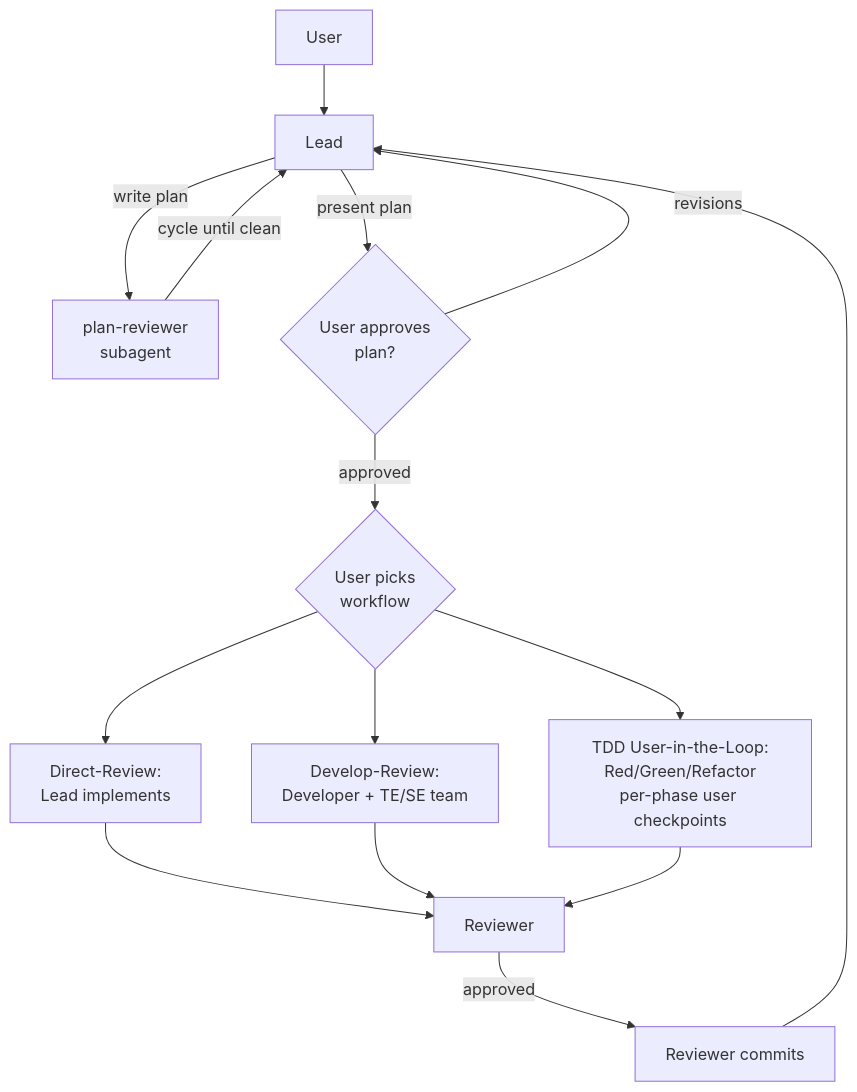
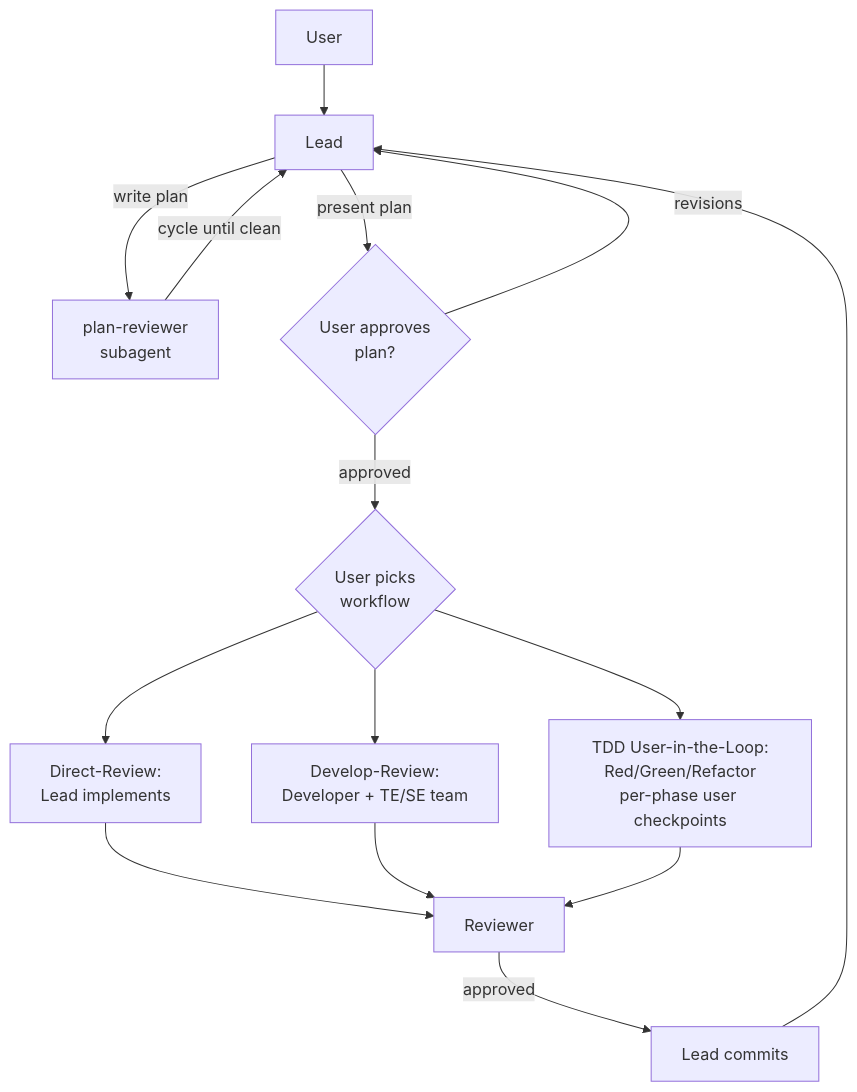
Before and after one commit to chdalski/claude_orchestration: the second of 2 diagrams in README.md, drawn with Mermaid. The commit also changed other lines of this file and 19 other files, not shown here.

````diff
--- a/README.md
+++ b/README.md
@@ -130,17 +131,17 @@
 ```mermaid
 graph TD
     User --> Lead
     Lead -->|write plan| PR[plan-reviewer<br/>subagent]
     PR -->|cycle until clean| Lead
     Lead -->|present plan| UPlan{User approves<br/>plan?}
     UPlan -->|revisions| Lead
     UPlan -->|approved| WS{User picks<br/>workflow}
     WS --> DR[Direct-Review:<br/>Lead implements]
     WS --> DReview[Develop-Review:<br/>Developer + TE/SE team]
     WS --> TDD[TDD User-in-the-Loop:<br/>Red/Green/Refactor<br/>per-phase user checkpoints]
     DR --> Rev[Reviewer]
     DReview --> Rev
     TDD --> Rev
-    Rev -->|approved| Commit[Reviewer commits]
+    Rev -->|approved| Commit[Lead commits]
     Commit --> Lead
 ```
````
